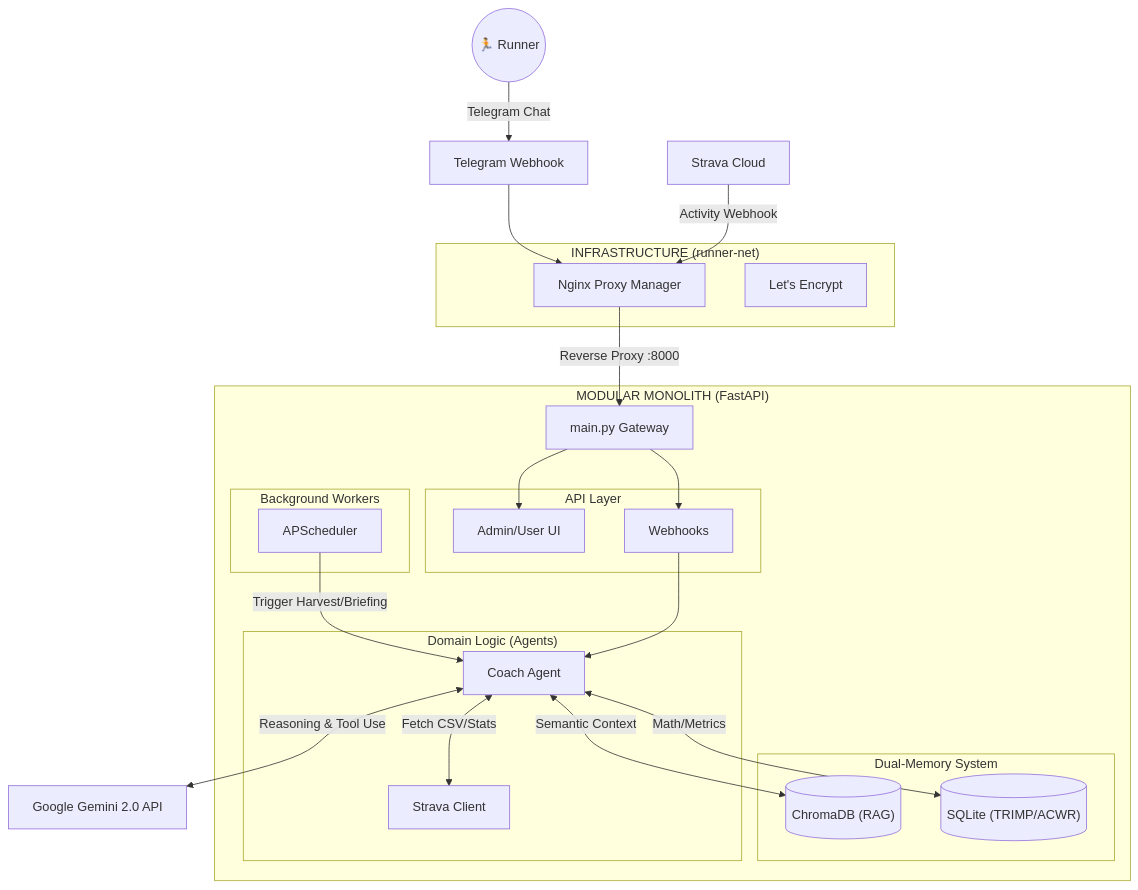
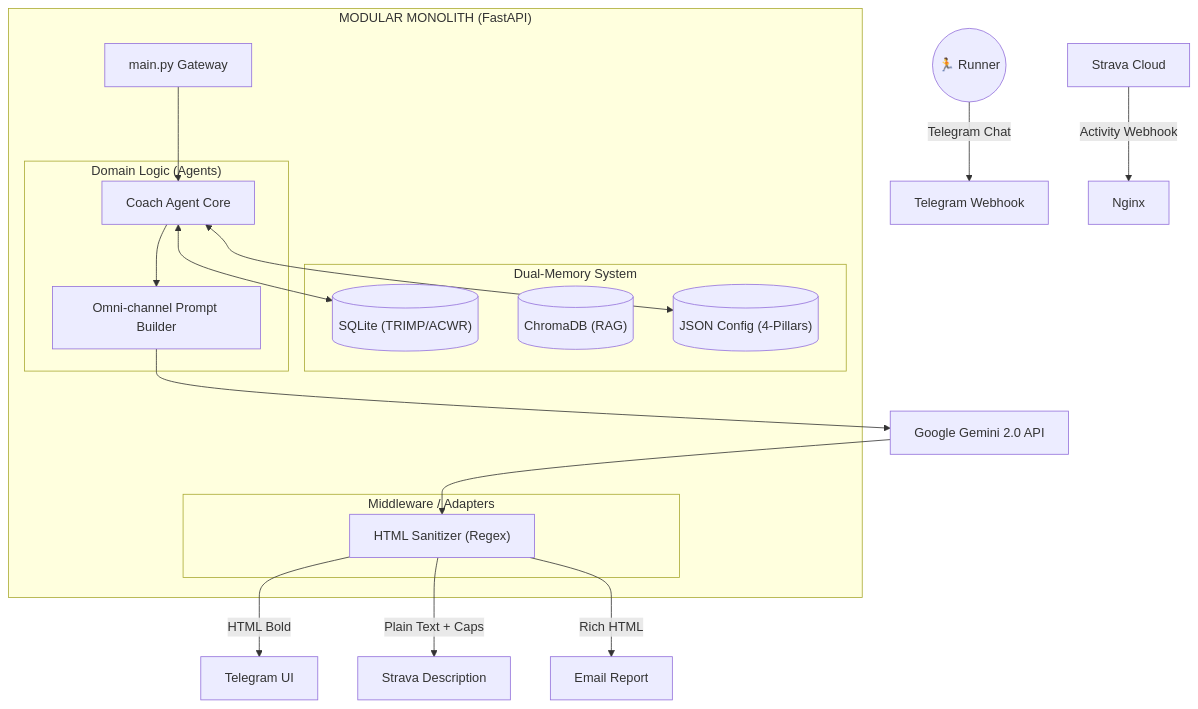
One commit to batinh/Personal_AI_OS changed the diagram in README.md. Above: the diagram before and after it, drawn with Mermaid. The commit also changed other lines of this file and 9 other files, not shown here.

First line of the commit message:
feat(ai-coach): implement omni-channel 4-pillar prompt architecture

````diff
--- a/README.md
+++ b/README.md
@@ -38,53 +33,41 @@
 ```mermaid
 graph TD
     %% External Inputs
     User(("🏃 Runner")) -->|"Telegram Chat"| Telegram["Telegram Webhook"]
     StravaCloud["Strava Cloud"] -->|"Activity Webhook"| Nginx
 
-    %% Infra
-    subgraph "INFRASTRUCTURE (runner-net)"
-        Nginx["Nginx Proxy Manager"]
-        SSL["Let's Encrypt"]
-    end
-
-    %% Application
+    %% Application Layer
     subgraph "MODULAR MONOLITH (FastAPI)"
         Gateway["main.py Gateway"]
-        
-        subgraph "API Layer"
-            HookRouter["Webhooks"]
-            AdminRouter["Admin/User UI"]
-        end
         
         subgraph "Dual-Memory System"
             DB[("SQLite (TRIMP/ACWR)")]
             VectorDB[("ChromaDB (RAG)")]
+            Config[("JSON Config (4-Pillars)")]
         end
         
         subgraph "Domain Logic (Agents)"
-            Coach["Coach Agent"]
-            StravaAPI["Strava Client"]
+            Coach["Coach Agent Core"]
+            PromptBuilder["Omni-channel Prompt Builder"]
         end
         
-        subgraph "Background Workers"
-            Cron["APScheduler"]
+        subgraph "Middleware / Adapters"
+            Sanitizer["HTML Sanitizer (Regex)"]
         end
     end
 
     %% External LLM
     Gemini["Google Gemini 2.0 API"]
 
-    %% Connections
-    Telegram --> Nginx
-    Nginx -->|"Reverse Proxy :8000"| Gateway
-    Gateway --> HookRouter
-    Gateway --> AdminRouter
+    %% Flow
+    Gateway --> Coach
+    Coach <--> DB
+    Coach <--> Config
+    Coach --> PromptBuilder --> Gemini
+    Gemini --> Sanitizer
     
-    HookRouter --> Coach
-    Cron -->|"Trigger Harvest/Briefing"| Coach
-    Coach <-->|"Math/Metrics"| DB
-    Coach <-->|"Semantic Context"| VectorDB
-    Coach <-->|"Fetch CSV/Stats"| StravaAPI
-    Coach <-->|"Reasoning & Tool Use"| Gemini
+    Sanitizer -->|"HTML Bold"| TelegramOut["Telegram UI"]
+    Sanitizer -->|"Plain Text + Caps"| StravaOut["Strava Description"]
+    Sanitizer -->|"Rich HTML"| EmailOut["Email Report"]
 
 ```
````
